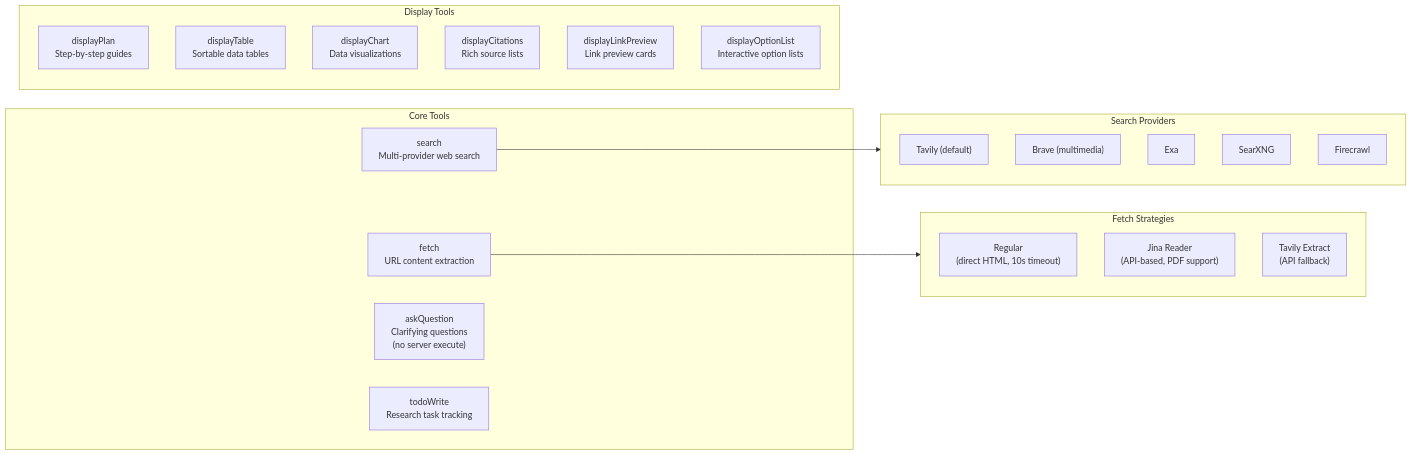
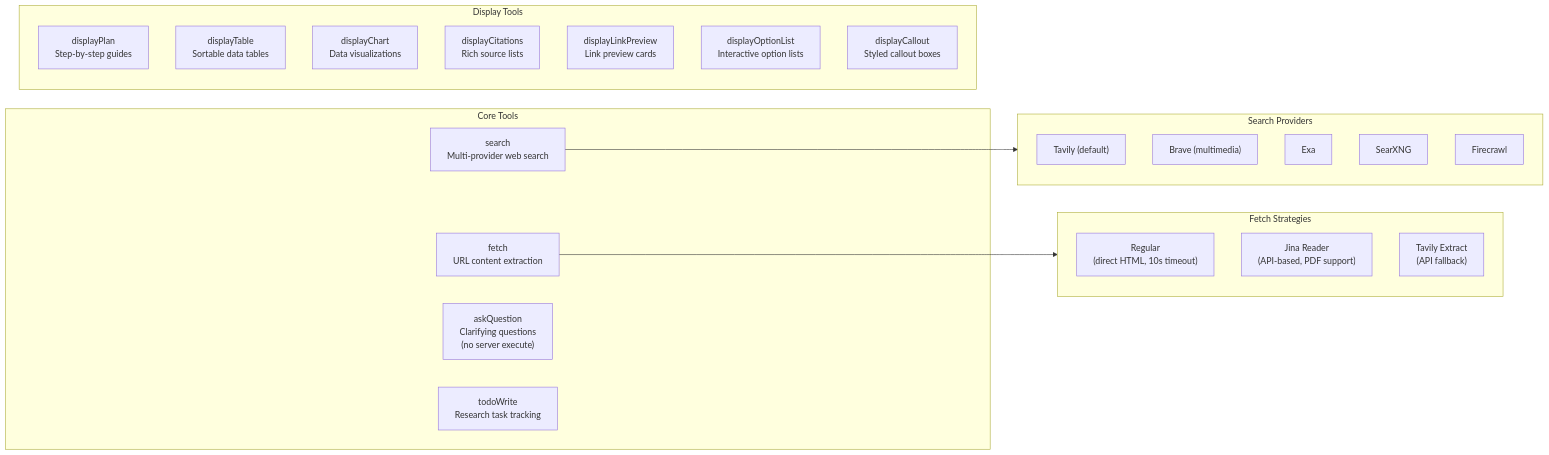
The third of 10 diagrams in docs/ARCHITECTURE.md (NickB03/polymorph), drawn with Mermaid before and after one commit. The commit also changed other lines of this file and 15 other files, not shown here.

First line of the commit message:
feat: add displayCallout tool UI for styled callout boxes

````diff
--- a/docs/ARCHITECTURE.md
+++ b/docs/ARCHITECTURE.md
@@ -141,35 +141,36 @@
 ```mermaid
 graph LR
     subgraph Core["Core Tools"]
         search["search<br/>Multi-provider web search"]
         fetch["fetch<br/>URL content extraction"]
         question["askQuestion<br/>Clarifying questions<br/>(no server execute)"]
         todo["todoWrite<br/>Research task tracking"]
     end
 
     subgraph Display["Display Tools"]
         plan["displayPlan<br/>Step-by-step guides"]
         table["displayTable<br/>Sortable data tables"]
         chart["displayChart<br/>Data visualizations"]
         citations["displayCitations<br/>Rich source lists"]
         linkPreview["displayLinkPreview<br/>Link preview cards"]
         optionList["displayOptionList<br/>Interactive option lists"]
+        callout["displayCallout<br/>Styled callout boxes"]
     end
 
     subgraph SearchProviders["Search Providers"]
         tavily["Tavily (default)"]
         brave["Brave (multimedia)"]
         exa["Exa"]
         searxng["SearXNG"]
         firecrawl["Firecrawl"]
     end
 
     subgraph FetchStrategies["Fetch Strategies"]
         regular["Regular<br/>(direct HTML, 10s timeout)"]
         jina["Jina Reader<br/>(API-based, PDF support)"]
         tavilyExtract["Tavily Extract<br/>(API fallback)"]
     end
 
     search --> SearchProviders
     fetch --> FetchStrategies
 ```
````
